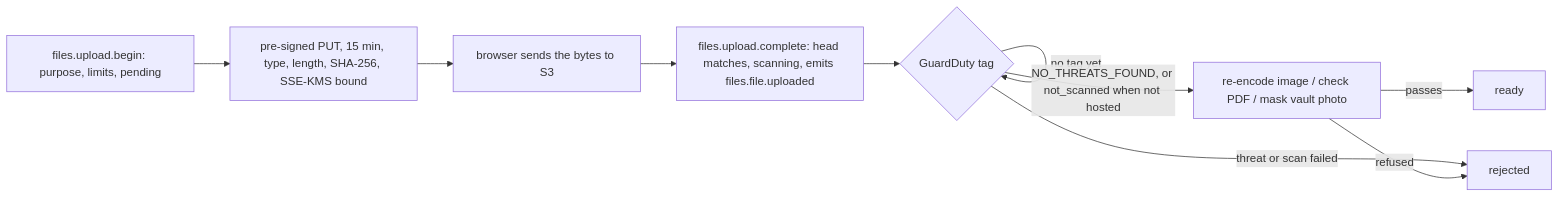
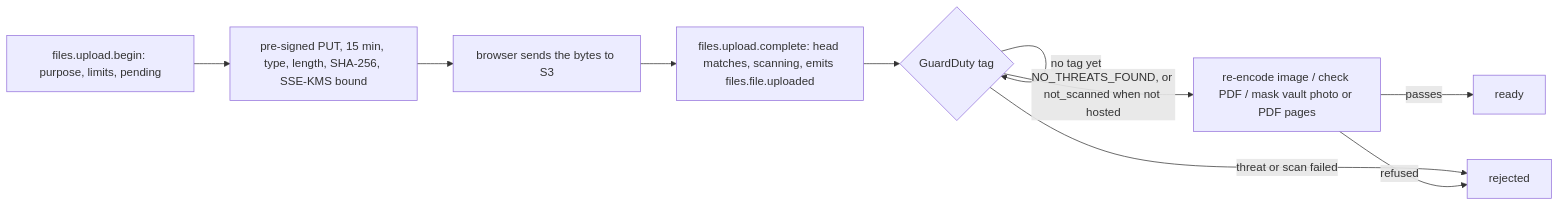
One commit to techaust/shakti_prime changed the seventh of 7 diagrams in docs/ARCHITECTURE.md. Above: the diagram before and after it, drawn with Mermaid. The commit also changed other lines of this file and 14 other files, not shown here.

````diff
--- a/docs/ARCHITECTURE.md
+++ b/docs/ARCHITECTURE.md
@@ -260,12 +260,12 @@
 ```mermaid
 flowchart LR
   A[files.upload.begin: purpose, limits, pending] --> B[pre-signed PUT, 15 min, type, length, SHA-256, SSE-KMS bound]
   B --> C[browser sends the bytes to S3]
   C --> D[files.upload.complete: head matches, scanning, emits files.file.uploaded]
   D --> E{GuardDuty tag}
   E -- no tag yet --> E
-  E -- NO_THREATS_FOUND, or not_scanned when not hosted --> F[re-encode image / check PDF / mask vault photo]
+  E -- NO_THREATS_FOUND, or not_scanned when not hosted --> F[re-encode image / check PDF / mask vault photo or PDF pages]
   E -- threat or scan failed --> R[rejected]
   F -- passes --> G[ready]
   F -- refused --> R
 ```
````
